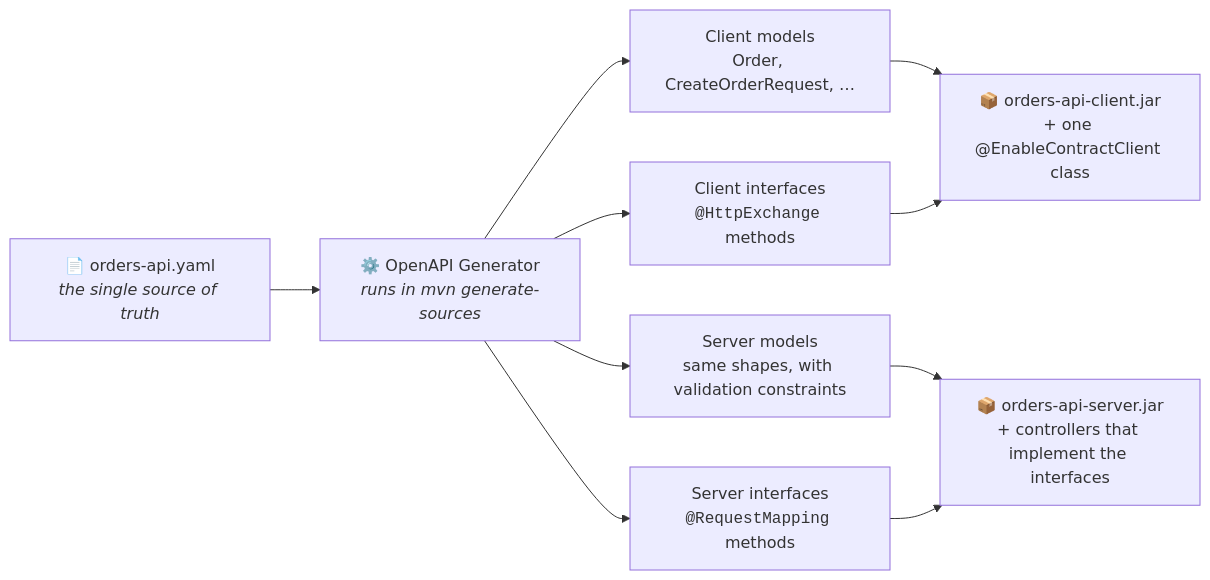
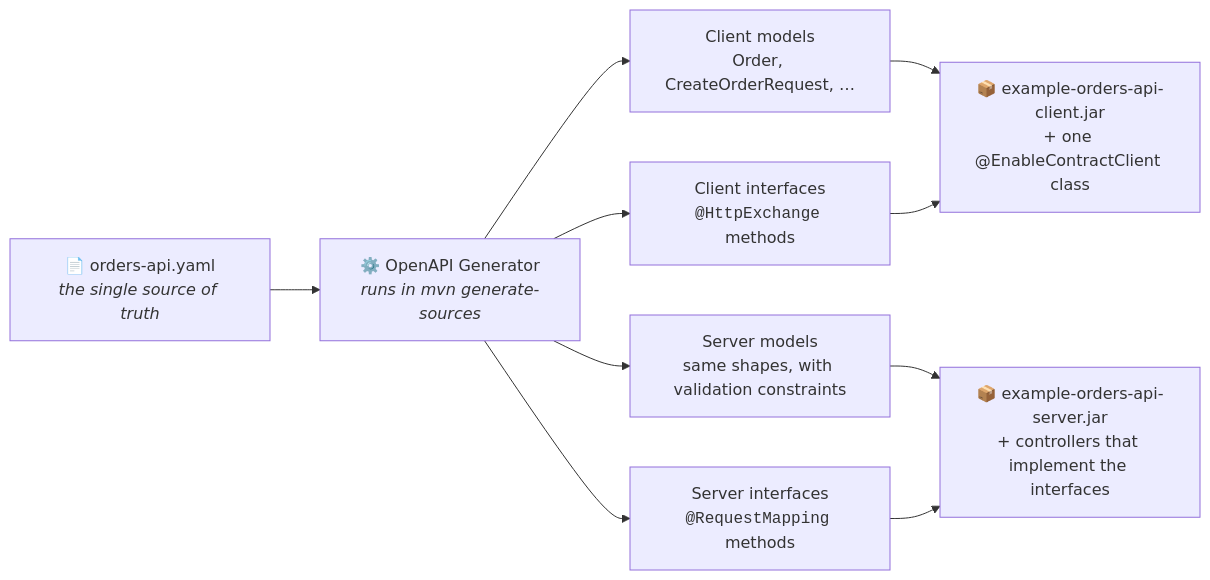
Before and after one commit to dmitrykislov/contract-first-spring: the first of 7 diagrams in README.md, drawn with Mermaid. The commit also changed other lines of this file and 173 other files, not shown here.

First line of the commit message:
Separate libraries from the example: libs/*-starter and examples/orders-api

````diff
--- a/README.md
+++ b/README.md
@@ -63,12 +76,12 @@
 ```mermaid
 flowchart LR
     YAML["📄 orders-api.yaml<br/><i>the single source of truth</i>"]
     GEN["⚙️ OpenAPI Generator<br/><i>runs in mvn generate-sources</i>"]
     YAML --> GEN
     GEN --> CM["Client models<br/>Order, CreateOrderRequest, …"]
     GEN --> CI["Client interfaces<br/><code>@HttpExchange</code> methods"]
     GEN --> SM["Server models<br/>same shapes, with validation constraints"]
     GEN --> SI["Server interfaces<br/><code>@RequestMapping</code> methods"]
-    CM & CI --> CJ["📦 orders-api-client.jar<br/>+ one @EnableContractClient class"]
-    SM & SI --> SJ["📦 orders-api-server.jar<br/>+ controllers that implement the interfaces"]
+    CM & CI --> CJ["📦 example-orders-api-client.jar<br/>+ one @EnableContractClient class"]
+    SM & SI --> SJ["📦 example-orders-api-server.jar<br/>+ controllers that implement the interfaces"]
 ```
````
